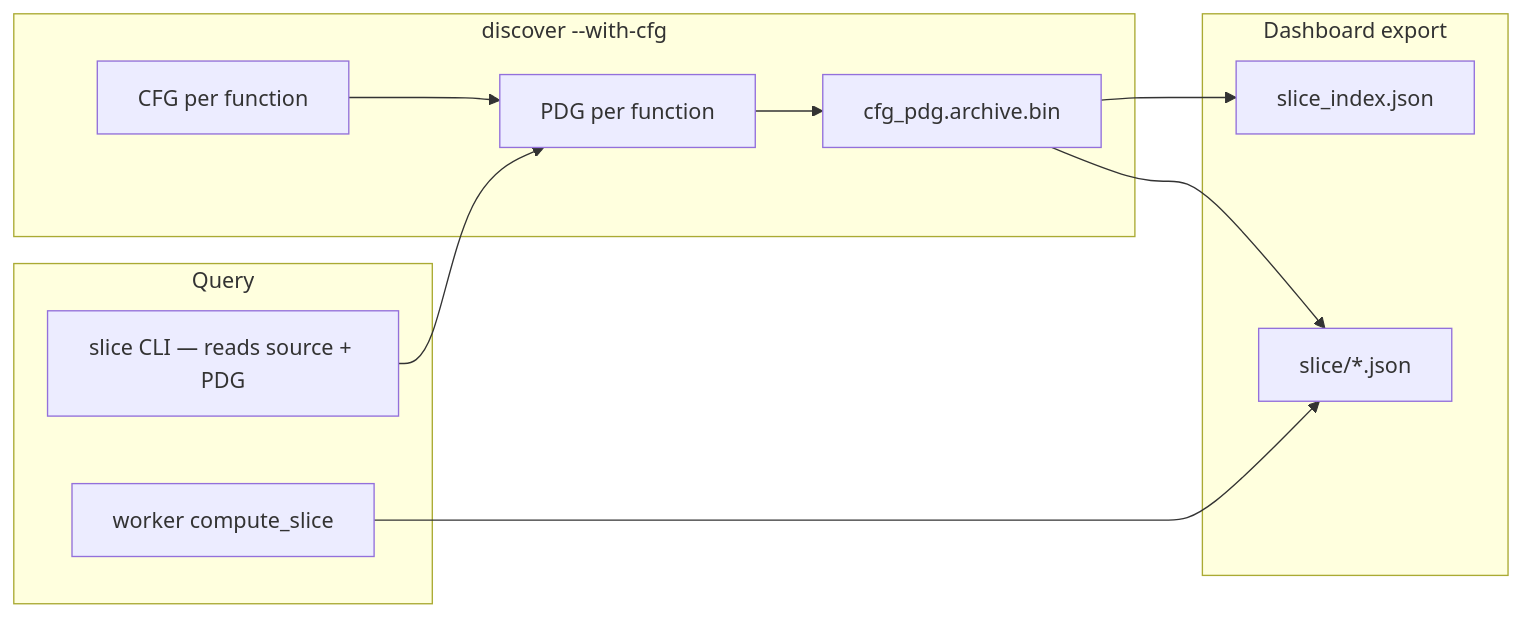
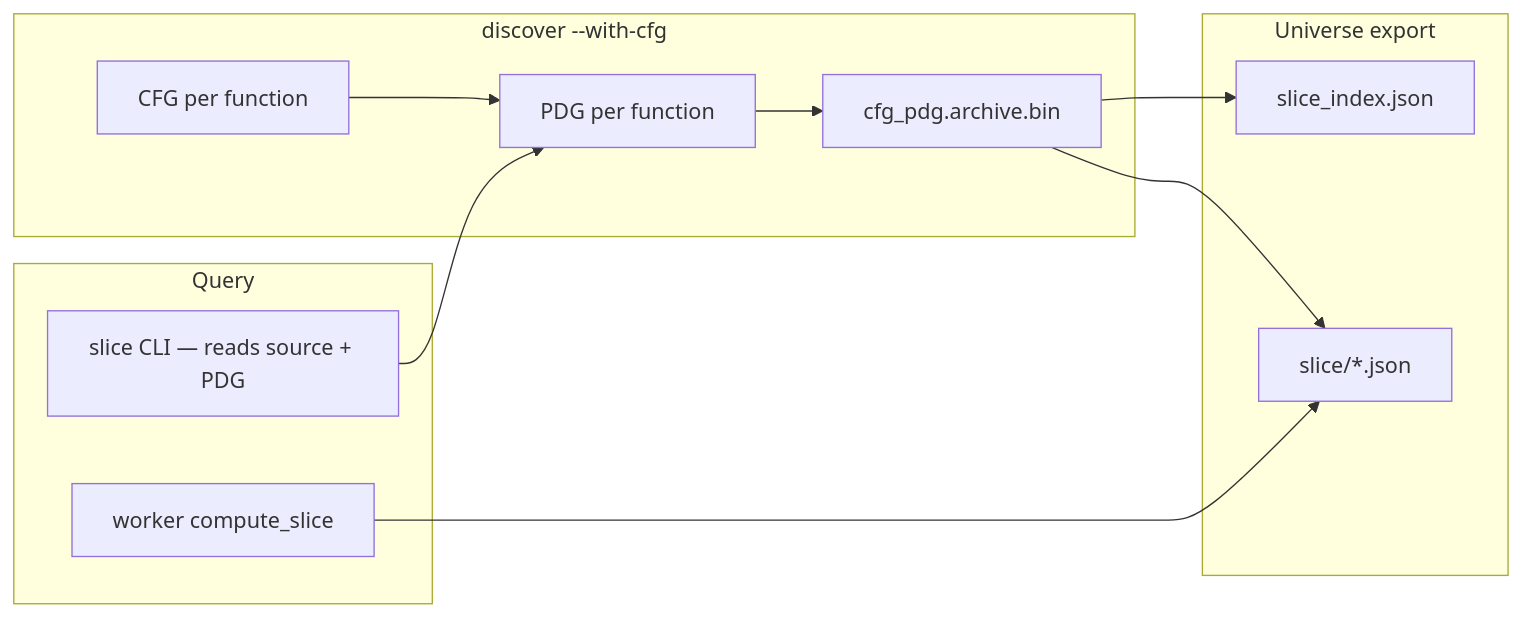
One commit to sshaaf/rgBuilder changed the diagram in docs/design/program-slicing-design.md. Above: the diagram before and after it, drawn with Mermaid. The commit also changed other lines of this file and 129 other files, not shown here.

````diff
--- a/docs/design/program-slicing-design.md
+++ b/docs/design/program-slicing-design.md
@@ -26,23 +26,23 @@
 ```mermaid
 flowchart LR
   subgraph discover["discover --with-cfg"]
     CFG[CFG per function]
     PDG[PDG per function]
     ARC[cfg_pdg.archive.bin]
     CFG --> PDG --> ARC
   end
 
-  subgraph export["Dashboard export"]
+  subgraph export["Universe export"]
     SI[slice_index.json]
     SB[slice/*.json]
     ARC --> SI
     ARC --> SB
   end
 
   subgraph runtime["Query"]
     CLI[slice CLI — reads source + PDG]
     WASM[worker compute_slice]
     CLI --> PDG
     WASM --> SB
   end
 ```
````
